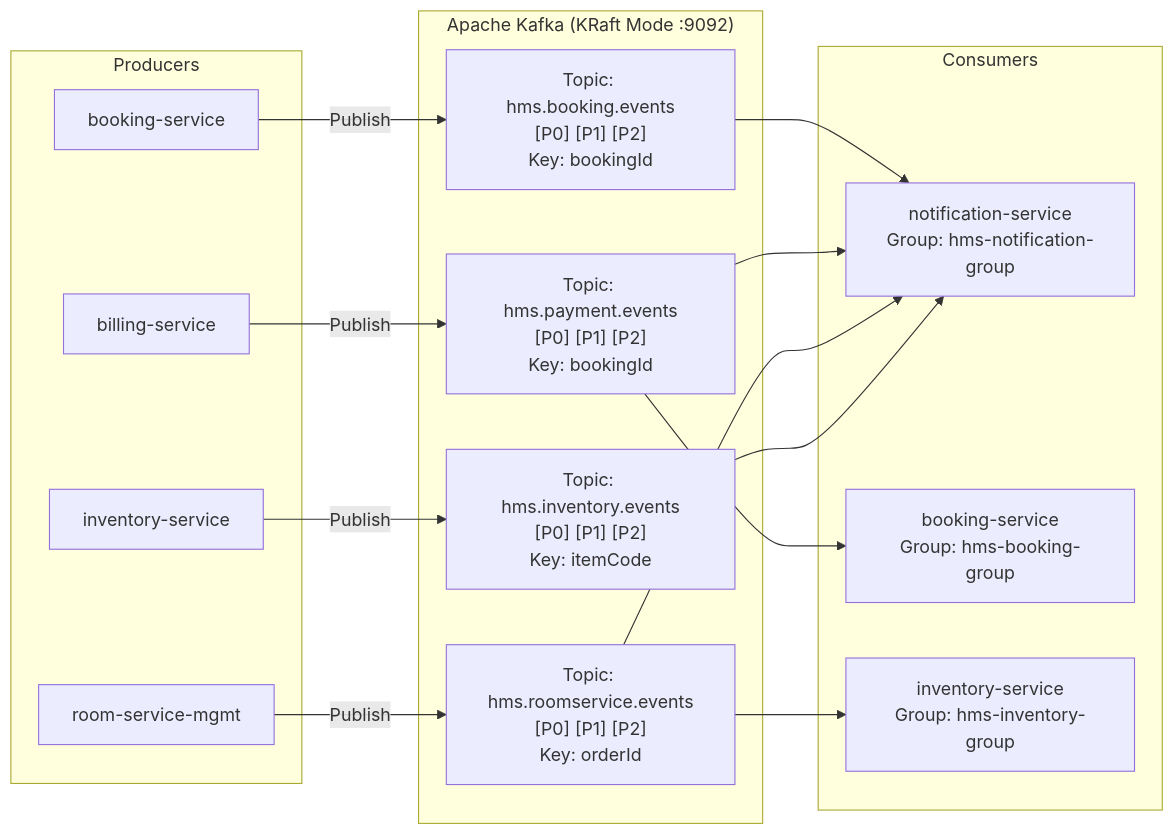
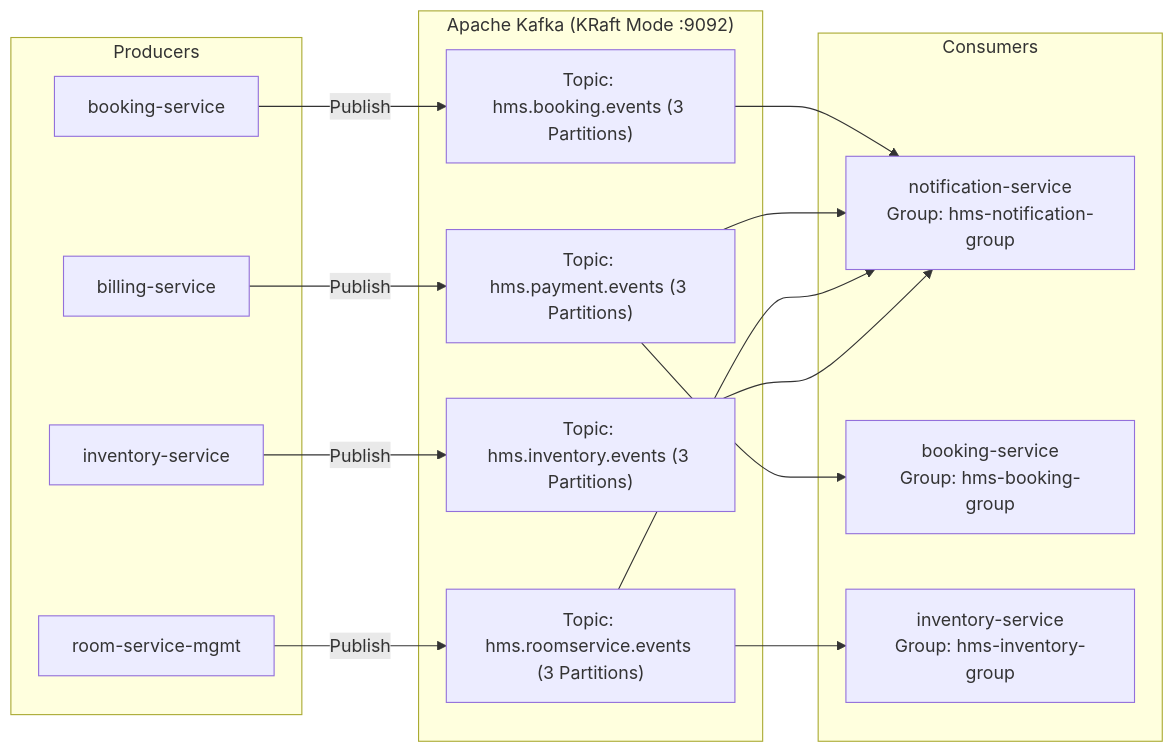
One commit to Dheerajdvn/Hospitality-Management-System changed the second of 4 diagrams in docs/interview/MASTER_PROJECT_INTERVIEW_DOCUMENT.md. Above: the diagram before and after it, drawn with Mermaid. The commit also changed other lines of this file, not shown here.

````diff
--- a/docs/interview/MASTER_PROJECT_INTERVIEW_DOCUMENT.md
+++ b/docs/interview/MASTER_PROJECT_INTERVIEW_DOCUMENT.md
@@ -831,34 +882,34 @@
 ```mermaid
 flowchart LR
     subgraph Producers
         BS[booking-service]
         BLS[billing-service]
         RSM[room-service-mgmt]
         IS[inventory-service]
     end
 
     subgraph KafkaBroker["Apache Kafka (KRaft Mode :9092)"]
-        T1["Topic: hms.booking.events<br/>[P0] [P1] [P2]<br/>Key: bookingId"]
-        T2["Topic: hms.payment.events<br/>[P0] [P1] [P2]<br/>Key: bookingId"]
-        T3["Topic: hms.roomservice.events<br/>[P0] [P1] [P2]<br/>Key: orderId"]
-        T4["Topic: hms.inventory.events<br/>[P0] [P1] [P2]<br/>Key: itemCode"]
+        T1["Topic: hms.booking.events (3 Partitions)"]
+        T2["Topic: hms.payment.events (3 Partitions)"]
+        T3["Topic: hms.roomservice.events (3 Partitions)"]
+        T4["Topic: hms.inventory.events (3 Partitions)"]
     end
 
     subgraph Consumers
         NS_Consumer["notification-service<br/>Group: hms-notification-group"]
         BS_Consumer["booking-service<br/>Group: hms-booking-group"]
         IS_Consumer["inventory-service<br/>Group: hms-inventory-group"]
     end
 
     BS -->|Publish| T1
     BLS -->|Publish| T2
     RSM -->|Publish| T3
     IS -->|Publish| T4
 
     T1 --> NS_Consumer
     T2 --> BS_Consumer
     T2 --> NS_Consumer
     T3 --> IS_Consumer
     T3 --> NS_Consumer
     T4 --> NS_Consumer
 ```
````
